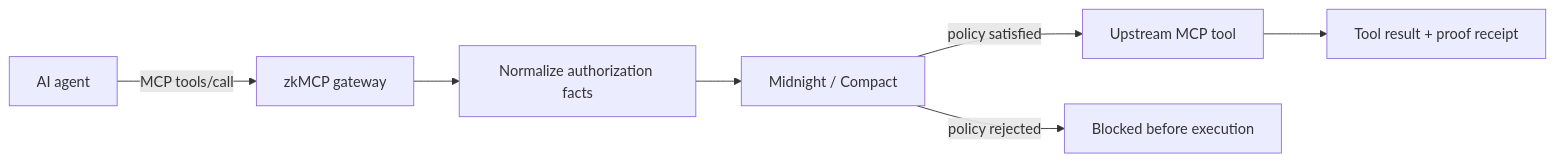
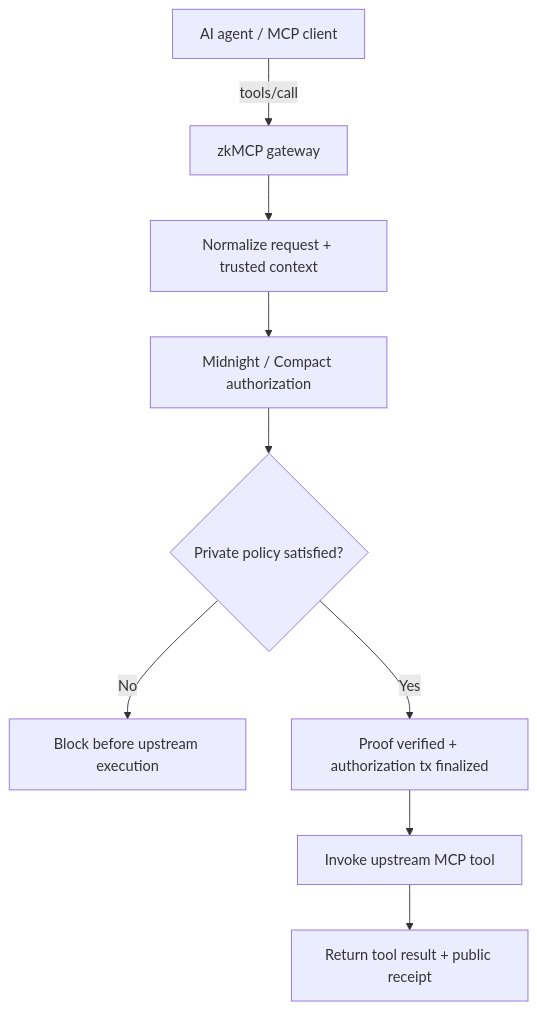
Before and after one commit to zohaibarsalan/zkMCP: the diagram in apps/web/content/docs/index.mdx, drawn with Mermaid. The commit also changed other lines of this file and 43 other files, not shown here.

Commit message:
docs: deepen architecture and integration guides

````diff
--- a/apps/web/content/docs/index.mdx
+++ b/apps/web/content/docs/index.mdx
@@ -18,9 +8,11 @@
 ```mermaid
-flowchart LR
-    A[AI agent] -->|MCP tools/call| G[zkMCP gateway]
-    G --> N[Normalize authorization facts]
-    N --> M[Midnight / Compact]
-    M -->|policy satisfied| T[Upstream MCP tool]
-    M -->|policy rejected| X[Blocked before execution]
-    T --> R[Tool result + proof receipt]
+flowchart TD
+    A[AI agent / MCP client] -->|tools/call| G[zkMCP gateway]
+    G --> N[Normalize request + trusted context]
+    N --> Z[Midnight / Compact authorization]
+    Z --> D{Private policy satisfied?}
+    D -->|No| B[Block before upstream execution]
+    D -->|Yes| R[Proof verified + authorization tx finalized]
+    R --> T[Invoke upstream MCP tool]
+    T --> O[Return tool result + public receipt]
 ```
````
